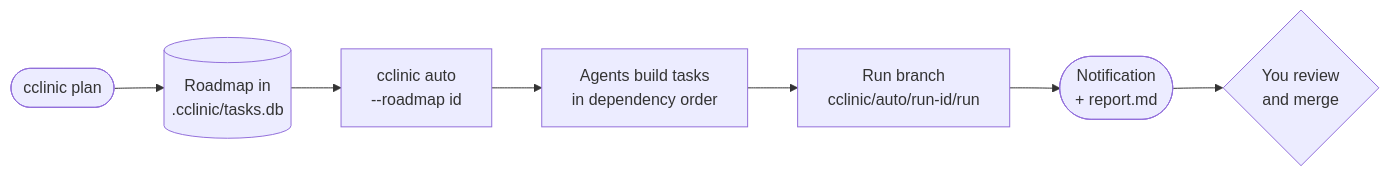
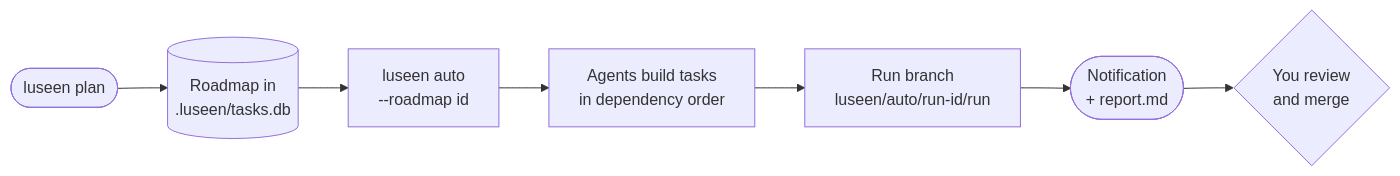
One commit to Hayko97/cclinic changed the first of 10 diagrams in AUTO_FLOW.md. Above: the diagram before and after it, drawn with Mermaid. The commit also changed other lines of this file and 311 other files, not shown here.

````diff
--- a/AUTO_FLOW.md
+++ b/AUTO_FLOW.md
@@ -13,9 +13,9 @@
 ```mermaid
 flowchart LR
-    P([cclinic plan]) --> R[(Roadmap in<br/>.cclinic/tasks.db)]
-    R --> A[cclinic auto<br/>--roadmap id]
+    P([luseen plan]) --> R[(Roadmap in<br/>.luseen/tasks.db)]
+    R --> A[luseen auto<br/>--roadmap id]
     A --> T[Agents build tasks<br/>in dependency order]
-    T --> B[Run branch<br/>cclinic/auto/run-id/run]
+    T --> B[Run branch<br/>luseen/auto/run-id/run]
     B --> N([Notification<br/>+ report.md])
     N --> M{You review<br/>and merge}
 ```
````
